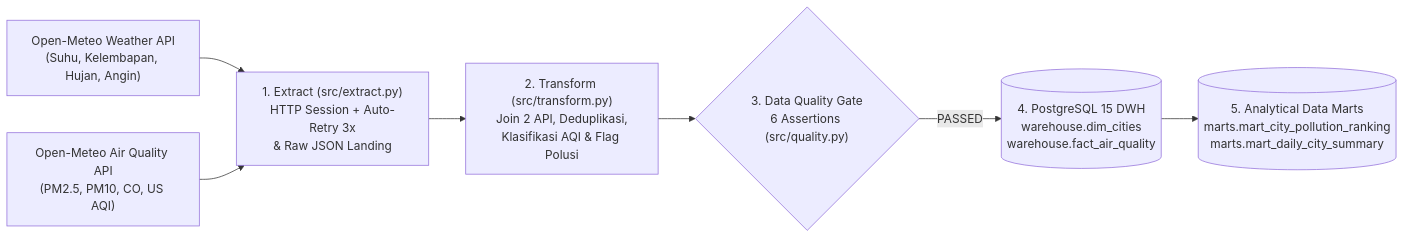
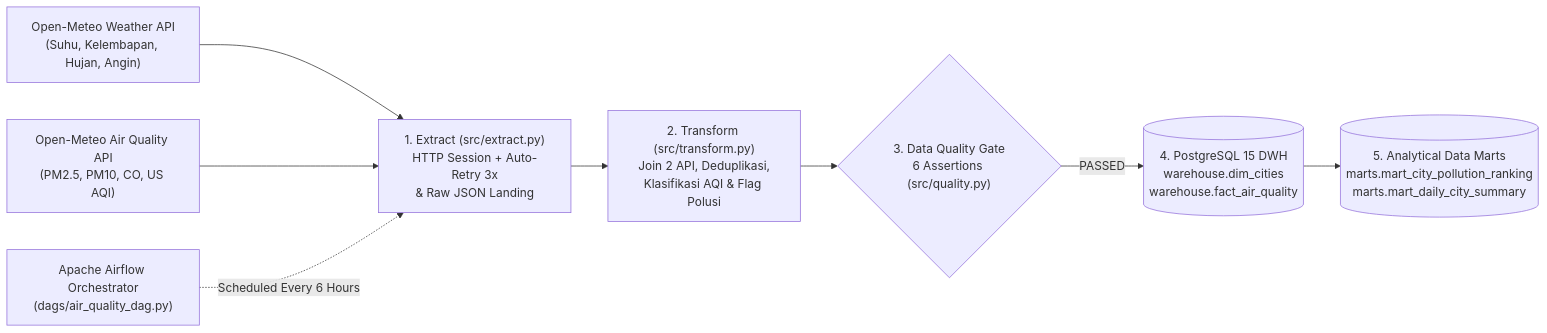
One commit to tanjung0115/indo-air-quality-pipeline changed the diagram in README.md. Above: the diagram before and after it, drawn with Mermaid. The commit also changed other lines of this file and 12 other files, not shown here.

Commit message:
feat: add pytest unit tests, Apache Airflow DAG, and execution screenshots

````diff
--- a/README.md
+++ b/README.md
@@ -10,9 +10,10 @@
 ```mermaid
 flowchart LR
     API1["Open-Meteo Weather API\n(Suhu, Kelembapan, Hujan, Angin)"] --> EX["1. Extract (src/extract.py)\nHTTP Session + Auto-Retry 3x\n& Raw JSON Landing"]
     API2["Open-Meteo Air Quality API\n(PM2.5, PM10, CO, US AQI)"] --> EX
     EX --> TR["2. Transform (src/transform.py)\nJoin 2 API, Deduplikasi,\nKlasifikasi AQI & Flag Polusi"]
     TR --> DQ{"3. Data Quality Gate\n6 Assertions (src/quality.py)"}
     DQ -->|"PASSED"| PG[("4. PostgreSQL 15 DWH\nwarehouse.dim_cities\nwarehouse.fact_air_quality")]
     PG --> MART[("5. Analytical Data Marts\nmarts.mart_city_pollution_ranking\nmarts.mart_daily_city_summary")]
+    AF["Apache Airflow Orchestrator\n(dags/air_quality_dag.py)"] -.->|"Scheduled Every 6 Hours"| EX
 ```
````
